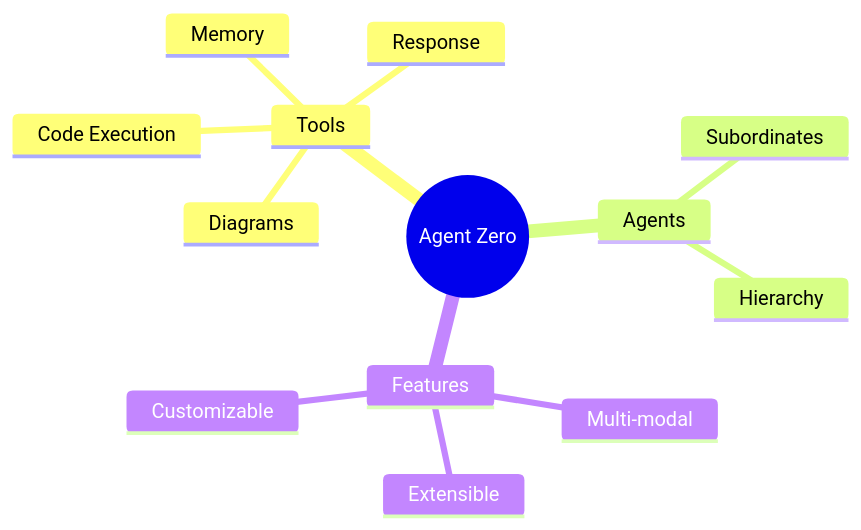
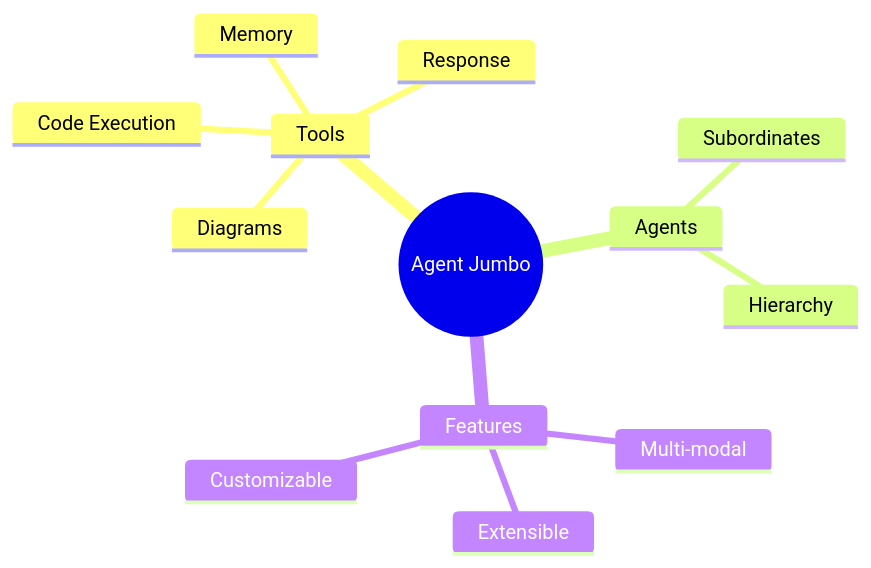
The tenth of 12 diagrams in docs/diagrams.md (agent0ai/agent-zero), drawn with Mermaid before and after one commit. The commit also changed other lines of this file and 409 other files, not shown here.

````diff
--- a/docs/diagrams.md
+++ b/docs/diagrams.md
@@ -214,16 +228,16 @@
 ```mermaid
 mindmap
-  root((Agent Zero))
+  root((Agent Jumbo))
     Tools
       Code Execution
       Memory
       Response
       Diagrams
     Agents
       Subordinates
       Hierarchy
     Features
       Multi-modal
       Extensible
       Customizable
 ```
````
